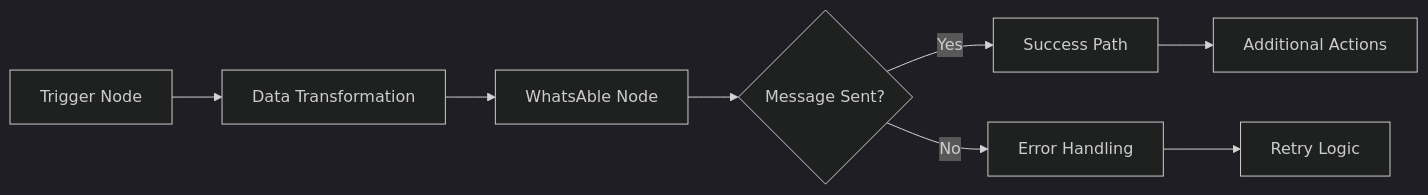
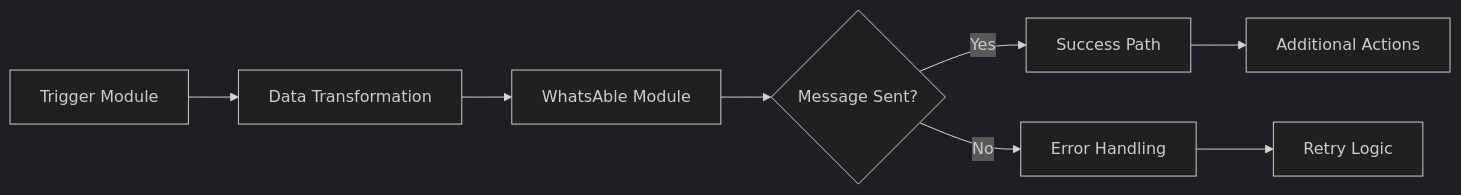
Before and after one commit to Whatsable/whatsable-docs-mintlyfy: the diagram in guides/whatsable/make.mdx, drawn with Mermaid (dark theme). The commit also changed other lines of this file and 17 other files, not shown here.

````diff
--- a/guides/whatsable/make.mdx
+++ b/guides/whatsable/make.mdx
@@ -190,10 +191,10 @@
   ```mermaid
   flowchart LR
-    A[Trigger Node] --> B[Data Transformation]
-    B --> C[WhatsAble Node]
+    A[Trigger Module] --> B[Data Transformation]
+    B --> C[WhatsAble Module]
     C --> D{Message Sent?}
     D -->|Yes| E[Success Path]
     D -->|No| F[Error Handling]
     E --> G[Additional Actions]
     F --> H[Retry Logic]
   ```
````
